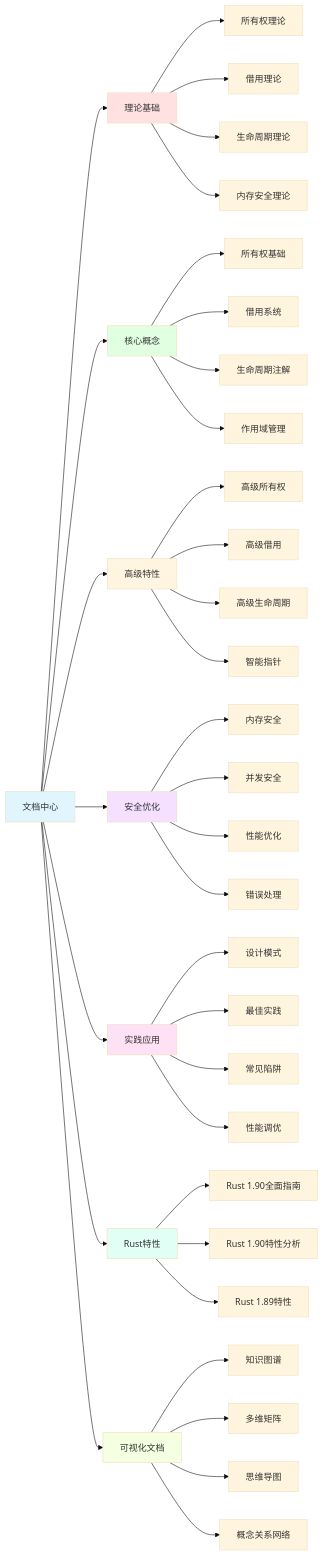
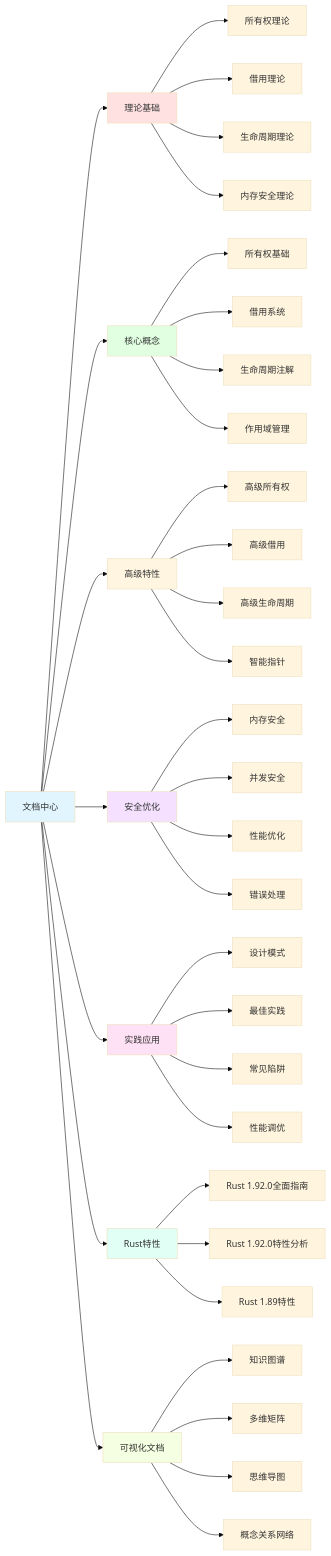
Diagram 16 of 17 in crates/c01_ownership_borrow_scope/docs/MIND_MAP.md (martin-ly/rust-lang), drawn with Mermaid (base theme) before and after one commit. The commit also changed other lines of this file and 18 other files, not shown here.

````diff
--- a/crates/c01_ownership_borrow_scope/docs/MIND_MAP.md
+++ b/crates/c01_ownership_borrow_scope/docs/MIND_MAP.md
@@ -905,53 +906,53 @@
 ```mermaid
 graph LR
     Root[文档中心] --> Theory[理论基础]
     Root --> Core[核心概念]
     Root --> Advanced[高级特性]
     Root --> Safety[安全优化]
     Root --> Practice[实践应用]
     Root --> Features[Rust特性]
     Root --> Visual[可视化文档]
 
     Theory --> T1[所有权理论]
     Theory --> T2[借用理论]
     Theory --> T3[生命周期理论]
     Theory --> T4[内存安全理论]
 
     Core --> C1[所有权基础]
     Core --> C2[借用系统]
     Core --> C3[生命周期注解]
     Core --> C4[作用域管理]
 
     Advanced --> A1[高级所有权]
     Advanced --> A2[高级借用]
     Advanced --> A3[高级生命周期]
     Advanced --> A4[智能指针]
 
     Safety --> S1[内存安全]
     Safety --> S2[并发安全]
     Safety --> S3[性能优化]
     Safety --> S4[错误处理]
 
     Practice --> P1[设计模式]
     Practice --> P2[最佳实践]
     Practice --> P3[常见陷阱]
     Practice --> P4[性能调优]
 
-    Features --> F1[Rust 1.90全面指南]
-    Features --> F2[Rust 1.90特性分析]
+    Features --> F1[Rust 1.92.0全面指南]
+    Features --> F2[Rust 1.92.0特性分析]
     Features --> F3[Rust 1.89特性]
 
     Visual --> V1[知识图谱]
     Visual --> V2[多维矩阵]
     Visual --> V3[思维导图]
     Visual --> V4[概念关系网络]
 
     style Root fill:#e1f5ff
     style Theory fill:#ffe1e1
     style Core fill:#e1ffe1
     style Advanced fill:#fff5e1
     style Safety fill:#f5e1ff
     style Practice fill:#ffe1f5
     style Features fill:#e1fff5
     style Visual fill:#f5ffe1
 ```
````
